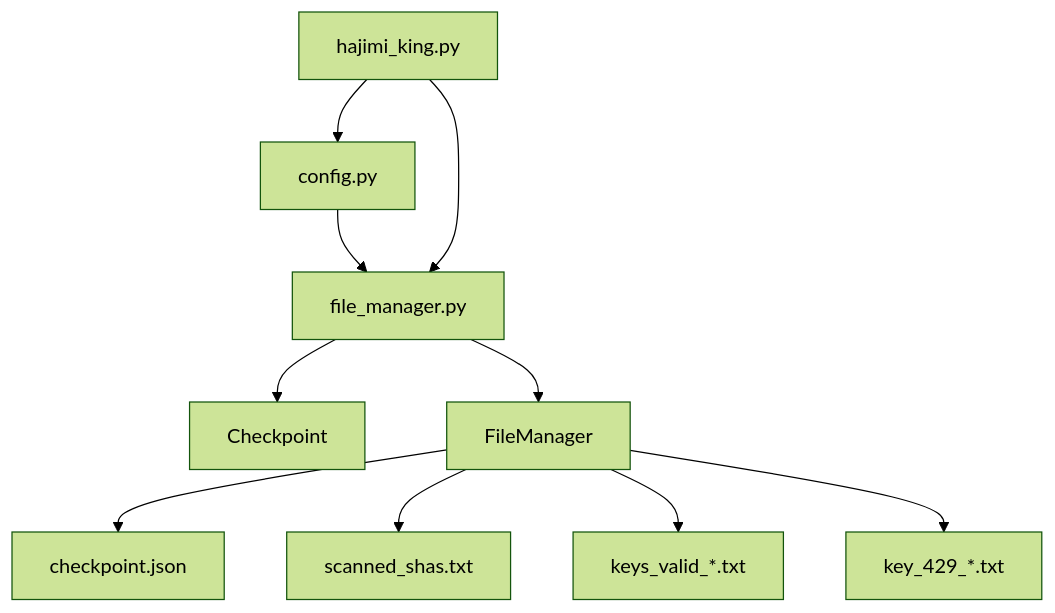
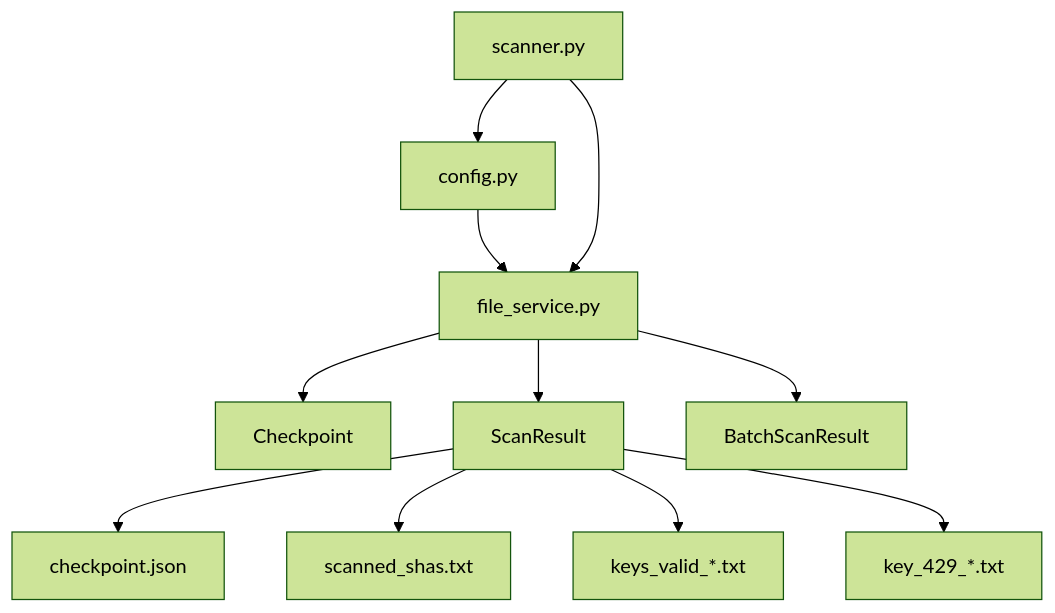
Before and after one commit to james-6-23/APIKEY-king: the first of 3 diagrams in .qoder/repowiki/zh/content/开发者指南/代码架构与模块设计/文件与状态管理模块.md, drawn with Mermaid (forest theme). The commit also changed other lines of this file and 49 other files, not shown here.

````diff
--- a/.qoder/repowiki/zh/content/开发者指南/代码架构与模块设计/文件与状态管理模块.md
+++ b/.qoder/repowiki/zh/content/开发者指南/代码架构与模块设计/文件与状态管理模块.md
@@ -39,12 +41,13 @@
 ```mermaid
 graph TD
-A[file_manager.py] --> B[Checkpoint]
-A --> C[FileManager]
-D[config.py] --> A
-E[hajimi_king.py] --> A
-E --> D
-C --> F[checkpoint.json]
-C --> G[scanned_shas.txt]
-C --> H[keys_valid_*.txt]
-C --> I[key_429_*.txt]
+A[file_service.py] --> B[Checkpoint]
+A --> C[ScanResult]
+A --> D[BatchScanResult]
+E[config.py] --> A
+F[scanner.py] --> A
+F --> E
+C --> G[checkpoint.json]
+C --> H[scanned_shas.txt]
+C --> I[keys_valid_*.txt]
+C --> J[key_429_*.txt]
 ```
````
